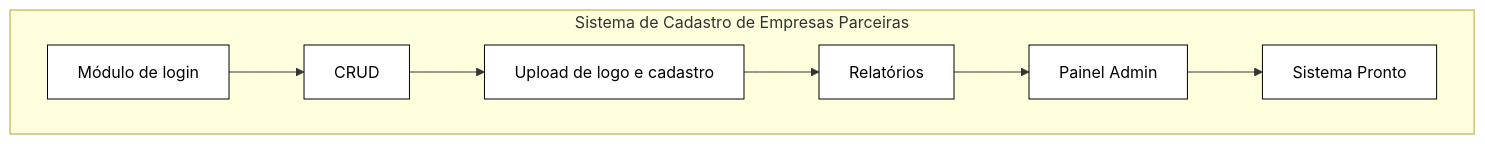
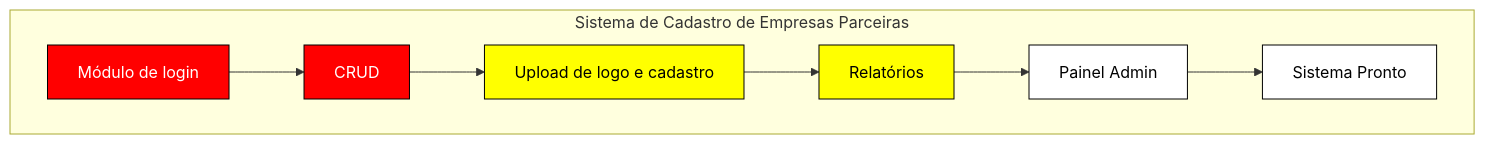
Before and after one commit to ChsSilva01/att-1-gaps-grafico-gant-matriz-crystal-: the diagram in crystal.md, drawn with Mermaid.

Commit message:
@ChsSilva01

````diff
--- a/crystal.md
+++ b/crystal.md
@@ -1,14 +1,16 @@
 ```mermaid
 
 graph TD
 subgraph Sistema de Cadastro de Empresas Parceiras
 
-A1["Módulo de login"]:::branco--> A2["CRUD"]:::branco--> A3["Upload de logo e cadastro"]:::branco -->
-A4["Relatórios"]:::branco--> A5["Painel Admin"]:::branco--> A6["Sistema Pronto"]:::branco
+A1["Módulo de login"]:::vermelho--> A2["CRUD"]:::vermelho--> A3["Upload de logo e cadastro"]:::amarelo -->
+A4["Relatórios"]:::amarelo--> A5["Painel Admin"]:::branco--> A6["Sistema Pronto"]:::branco
 
 
 end
 
 classDef branco fill:#fff, stroke:#000, stroke-width:1px, color:#000;
+classDef amarelo fill:#ffff00, stroke:#000, stroke-width:1px, color:#000;
+classDef vermelho fill:#ff0000, stroke:#000, stroke-width:1px, color:#fff;
 
 ```
````
